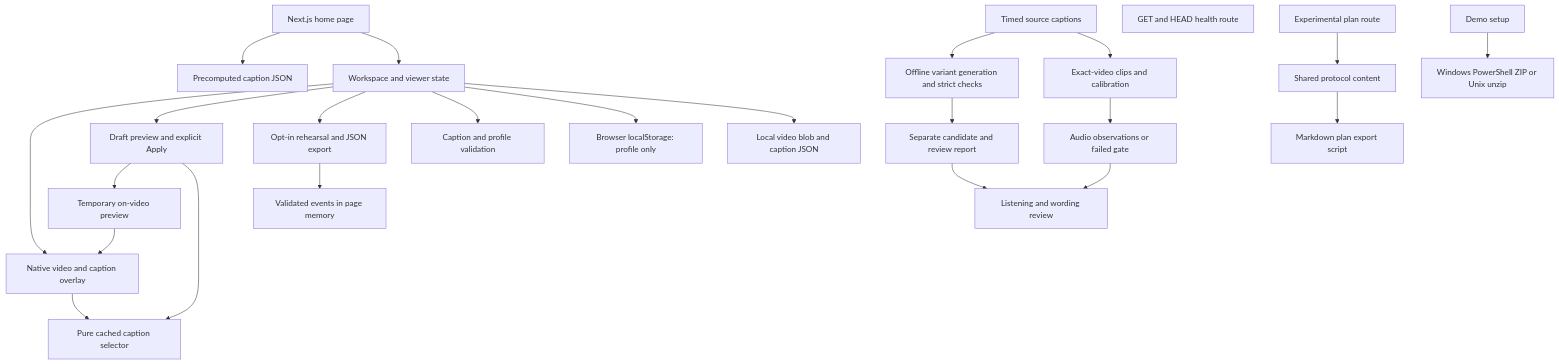
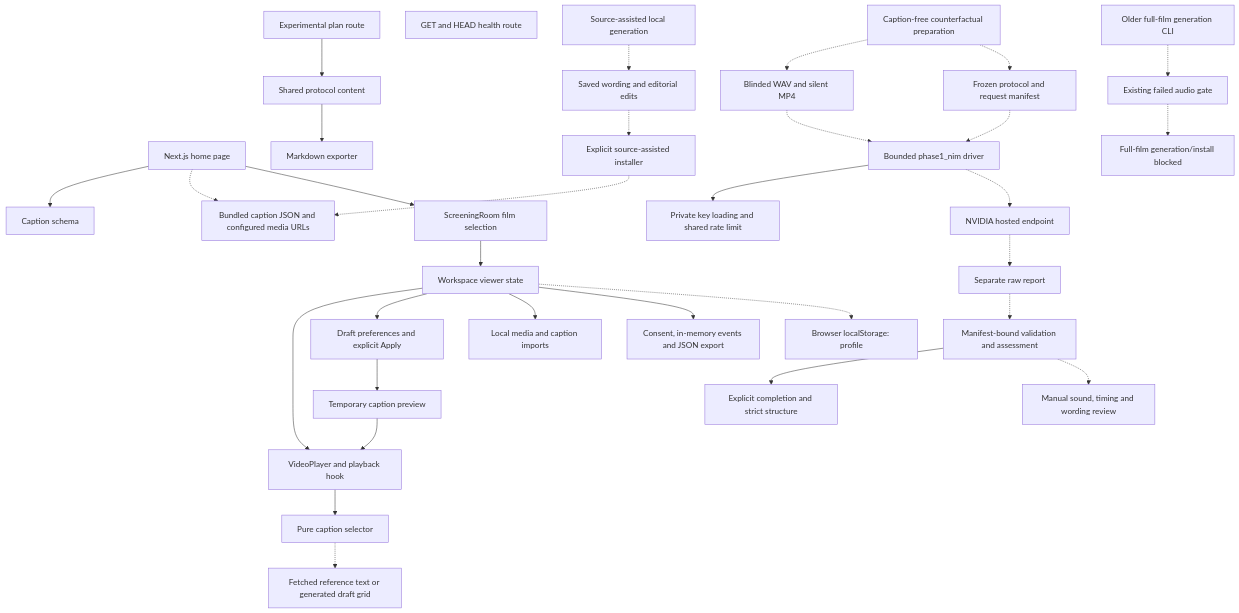
One commit to Immaduddin-Durrani/Scene-Captions changed the diagram in docs/CODEBASE_MAP.md. Above: the diagram before and after it, drawn with Mermaid. The commit also changed other lines of this file and 131 other files, not shown here.

First line of the commit message:
Separate reference captions and record NVIDIA grounding tests

````diff
--- a/docs/CODEBASE_MAP.md
+++ b/docs/CODEBASE_MAP.md
@@ -13,26 +17,34 @@
 ```mermaid
 flowchart TD
-  Home[Next.js home page] --> Data[Precomputed caption JSON]
-  Home --> Workspace[Workspace and viewer state]
-  Workspace --> Player[Native video and caption overlay]
-  Workspace --> Preferences[Draft preview and explicit Apply]
-  Preferences --> Temporary[Temporary on-video preview]
-  Temporary --> Player
-  Workspace --> Rehearsal[Opt-in rehearsal and JSON export]
-  Workspace --> Schema[Caption and profile validation]
-  Preferences --> Selector[Pure cached caption selector]
-  Player --> Selector
-  Workspace --> Profile[Browser localStorage: profile only]
-  Workspace --> Imports[Local video blob and caption JSON]
-  Rehearsal --> Events[Validated events in page memory]
+  Home[Next.js home page] --> Schema[Caption schema]
+  Home -.-> Bundled[Bundled caption JSON and configured media URLs]
+  Home --> Library[ScreeningRoom film selection]
+  Library --> Workspace[Workspace viewer state]
+  Workspace --> Player[VideoPlayer and playback hook]
+  Workspace --> Preferences[Draft preferences and explicit Apply]
+  Preferences --> Preview[Temporary caption preview]
+  Preview --> Player
+  Player --> Selector[Pure caption selector]
+  Selector -.-> Reference[Fetched reference text or generated draft grid]
+  Workspace --> LocalMedia[Local media and caption imports]
+  Workspace --> Rehearsal[Consent, in-memory events and JSON export]
+  Workspace -.-> Profile[Browser localStorage: profile]
   PlanRoute[Experimental plan route] --> Plan[Shared protocol content]
-  Plan --> Exporter[Markdown plan export script]
+  Plan --> Exporter[Markdown exporter]
   Ping[GET and HEAD health route]
-  Source[Timed source captions] --> Candidate[Offline variant generation and strict checks]
-  Candidate --> Review[Separate candidate and review report]
-  Source --> Audio[Exact-video clips and calibration]
-  Audio --> Gate[Audio observations or failed gate]
-  Gate --> Human[Listening and wording review]
-  Review --> Human
-  Setup[Demo setup] --> Zip[Windows PowerShell ZIP or Unix unzip]
+  LocalGeneration[Source-assisted local generation] -.-> SavedDraft[Saved wording and editorial edits]
+  SavedDraft -.-> ExplicitInstall[Explicit source-assisted installer]
+  ExplicitInstall -.-> Bundled
+  Prep[Caption-free counterfactual preparation] -.-> Media[Blinded WAV and silent MP4]
+  Prep -.-> Manifest[Frozen protocol and request manifest]
+  Manifest -.-> Driver[Bounded phase1_nim driver]
+  Media -.-> Driver
+  Driver --> Client[Private key loading and shared rate limit]
+  Driver -.-> NIM[NVIDIA hosted endpoint]
+  NIM -.-> Report[Separate raw report]
+  Report -.-> Assessment[Manifest-bound validation and assessment]
+  Assessment --> JSONGuard[Explicit completion and strict structure]
+  Assessment -.-> Review[Manual sound, timing and wording review]
+  OldGenerator[Older full-film generation CLI] -.-> Gate[Existing failed audio gate]
+  Gate -.-> Blocked[Full-film generation/install blocked]
 ```
````
